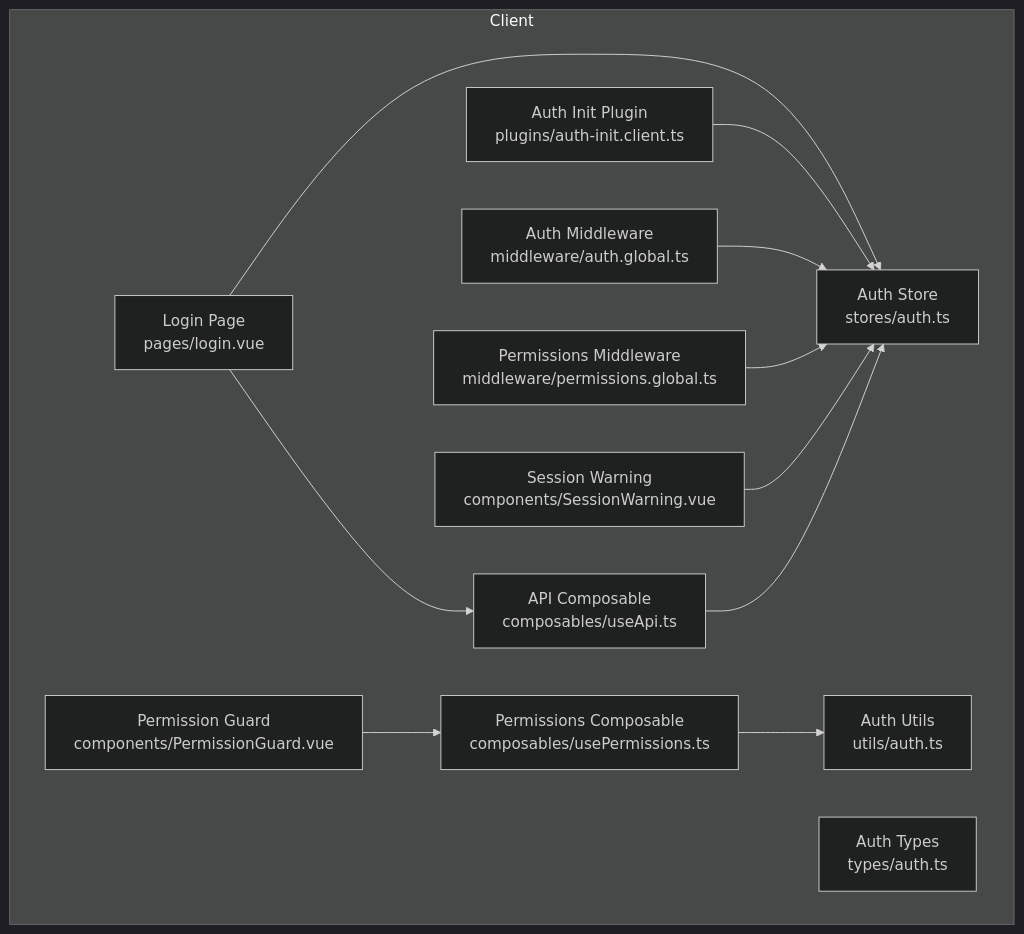
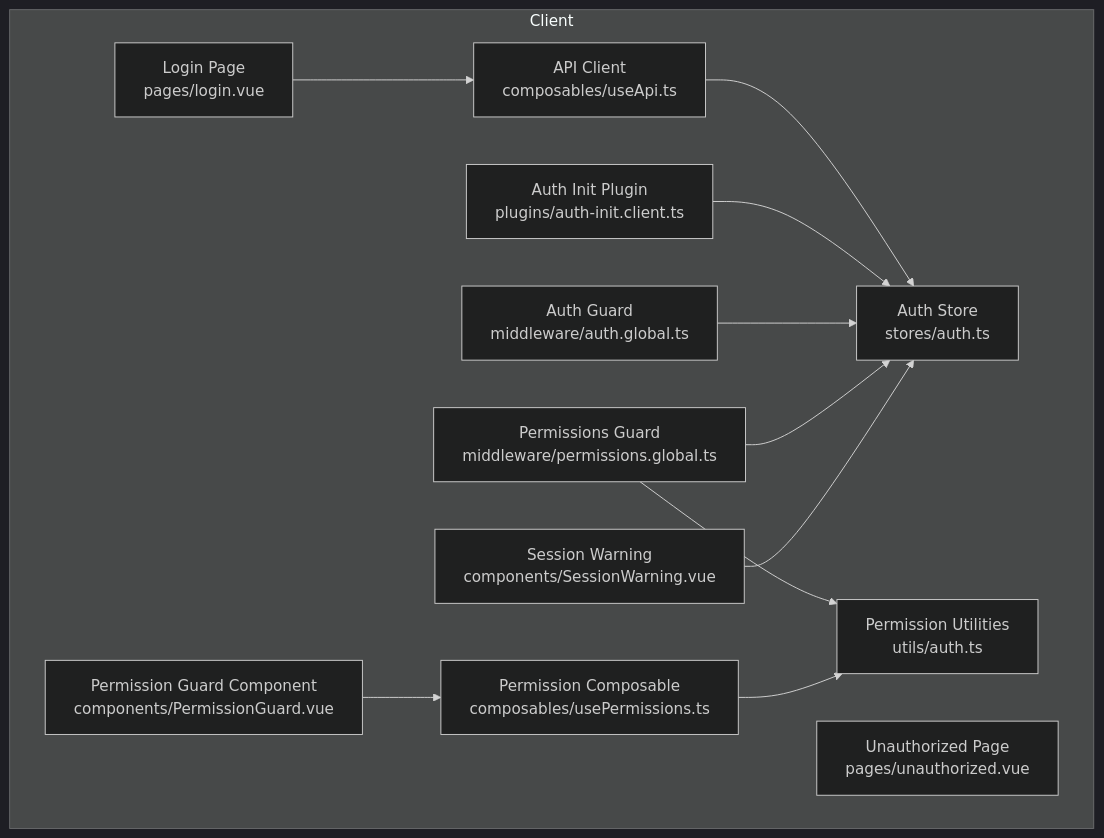
One commit to Lazynerd-Studios/lacarte-atlas-console changed the first of 12 diagrams in .qoder/repowiki/en/content/Authentication & Authorization/Authentication & Authorization.md. Above: the diagram before and after it, drawn with Mermaid (dark theme). The commit also changed other lines of this file and 139 other files, not shown here.

````diff
--- a/.qoder/repowiki/en/content/Authentication & Authorization/Authentication & Authorization.md
+++ b/.qoder/repowiki/en/content/Authentication & Authorization/Authentication & Authorization.md
@@ -52,25 +52,25 @@
 ```mermaid
 graph TB
 subgraph "Client"
 A["Login Page<br/>pages/login.vue"]
 B["Auth Store<br/>stores/auth.ts"]
-C["Auth Init Plugin<br/>plugins/auth-init.client.ts"]
-D["Auth Middleware<br/>middleware/auth.global.ts"]
-E["Permissions Middleware<br/>middleware/permissions.global.ts"]
-F["Permissions Composable<br/>composables/usePermissions.ts"]
-G["API Composable<br/>composables/useApi.ts"]
-H["Permission Guard<br/>components/PermissionGuard.vue"]
-I["Session Warning<br/>components/SessionWarning.vue"]
-J["Auth Utils<br/>utils/auth.ts"]
-K["Auth Types<br/>types/auth.ts"]
+C["API Client<br/>composables/useApi.ts"]
+D["Auth Init Plugin<br/>plugins/auth-init.client.ts"]
+E["Auth Guard<br/>middleware/auth.global.ts"]
+F["Permissions Guard<br/>middleware/permissions.global.ts"]
+G["Permission Utilities<br/>utils/auth.ts"]
+H["Permission Composable<br/>composables/usePermissions.ts"]
+I["Permission Guard Component<br/>components/PermissionGuard.vue"]
+J["Session Warning<br/>components/SessionWarning.vue"]
+K["Unauthorized Page<br/>pages/unauthorized.vue"]
 end
-A --> G
-A --> B
+A --> C
 C --> B
 D --> B
 E --> B
-F --> J
-H --> F
-I --> B
-G --> B
+F --> B
+F --> G
+H --> G
+I --> H
+J --> B
 ```
````
